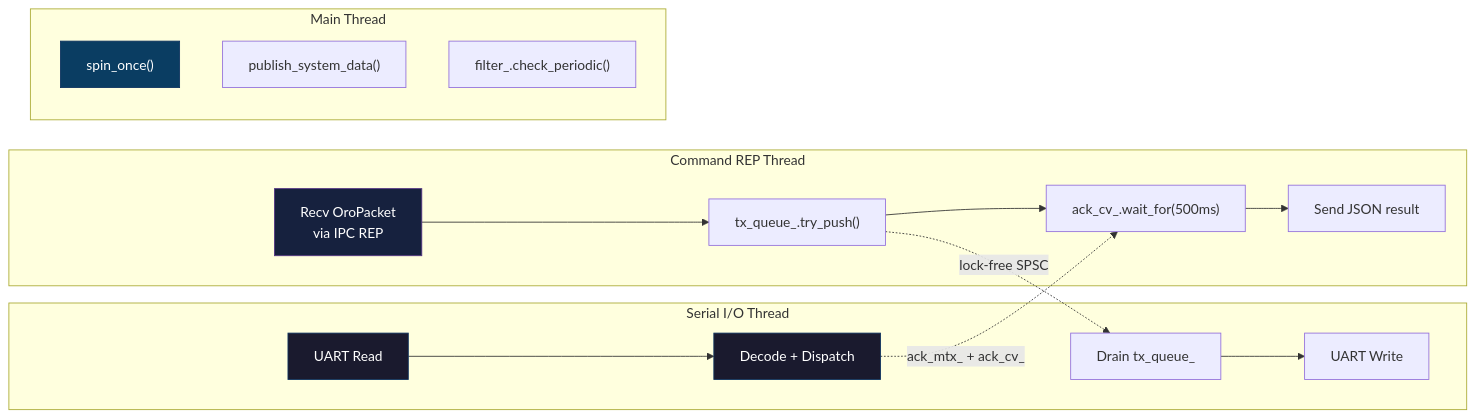
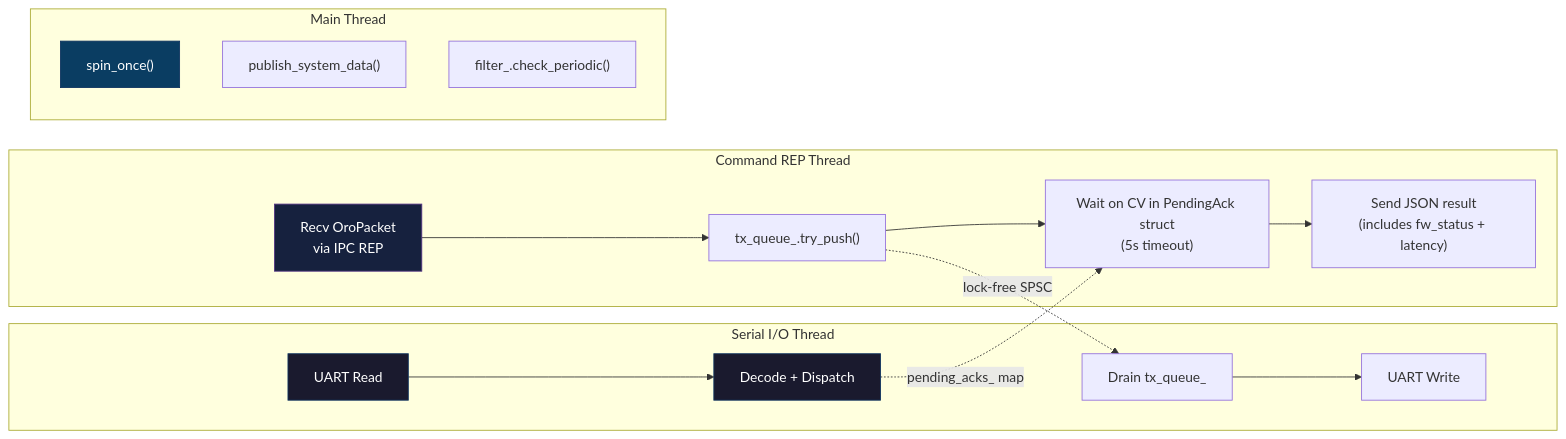
Before and after one commit to KarthikMothikiOgmen/oro_base_input_layer: the fourth of 9 diagrams in docs/README.md, drawn with Mermaid. The commit also changed other lines of this file and 16 other files, not shown here.

````diff
--- a/docs/README.md
+++ b/docs/README.md
@@ -217,27 +217,27 @@
 ```mermaid
 graph LR
     subgraph "Serial I/O Thread"
         READ["UART Read"] --> DECODE["Decode + Dispatch"]
         TX_DRAIN["Drain tx_queue_"] --> WRITE["UART Write"]
     end
 
     subgraph "Command REP Thread"
         RX_CMD["Recv OroPacket<br/>via IPC REP"] --> TX_PUSH["tx_queue_.try_push()"]
-        TX_PUSH --> WAIT["ack_cv_.wait_for(500ms)"]
-        WAIT --> REPLY["Send JSON result"]
+        TX_PUSH --> WAIT["Wait on CV in PendingAck struct<br/>(5s timeout)"]
+        WAIT --> REPLY["Send JSON result<br/>(includes fw_status + latency)"]
     end
 
     subgraph "Main Thread"
         SPIN["spin_once()"]
         SYS["publish_system_data()"]
         PER["filter_.check_periodic()"]
     end
 
     TX_PUSH -.->|"lock-free SPSC"| TX_DRAIN
-    DECODE -.->|"ack_mtx_ + ack_cv_"| WAIT
+    DECODE -.->|"pending_acks_ map"| WAIT
 
     style READ fill:#1a1a2e,stroke:#0f3460,color:#fff
     style DECODE fill:#1a1a2e,stroke:#0f3460,color:#fff
     style RX_CMD fill:#16213e,stroke:#533483,color:#fff
     style SPIN fill:#0a3d62,stroke:#0f3460,color:#fff
 ```
````
